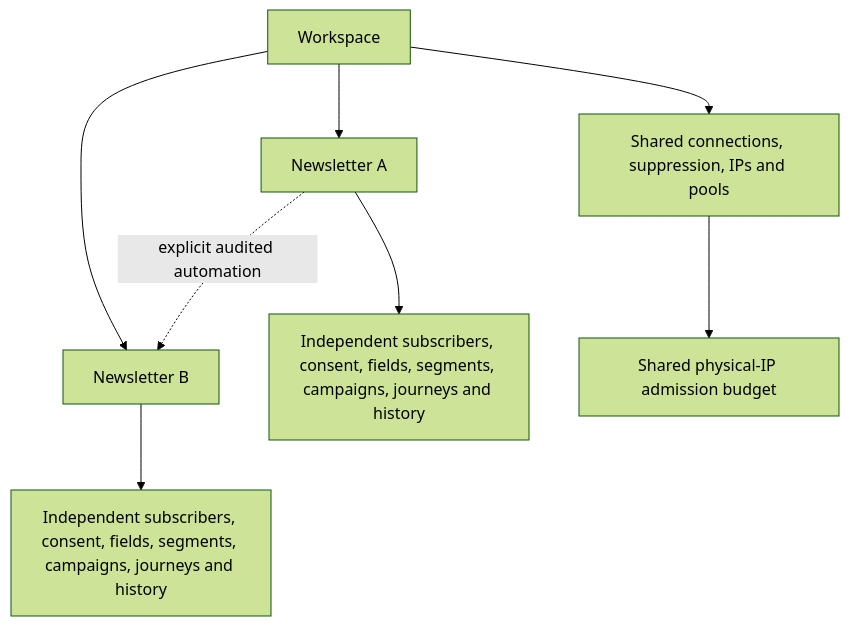
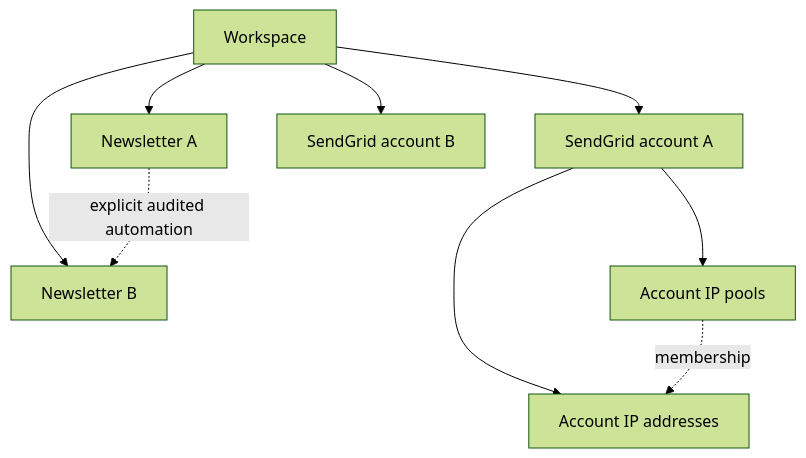
One commit to roninpublishing/dittofeed changed the diagram in packages/docs/guide/newsletters.mdx. Above: the diagram before and after it, drawn with Mermaid (forest theme). The commit also changed other lines of this file and 68 other files, not shown here.

````diff
--- a/packages/docs/guide/newsletters.mdx
+++ b/packages/docs/guide/newsletters.mdx
@@ -24,11 +19,11 @@
 ```mermaid
 flowchart TD
-  P[Workspace]
-  P --> C[Shared connections, suppression, IPs and pools]
-  P --> A[Newsletter A]
-  P --> B[Newsletter B]
-  A --> DA[Independent subscribers, consent, fields, segments, campaigns, journeys and history]
-  B --> DB[Independent subscribers, consent, fields, segments, campaigns, journeys and history]
+  W[Workspace] --> A[Newsletter A]
+  W --> B[Newsletter B]
+  W --> E1[SendGrid account A]
+  W --> E2[SendGrid account B]
+  E1 --> P[Account IP pools]
+  E1 --> I[Account IP addresses]
+  P -. membership .-> I
   A -. explicit audited automation .-> B
-  C --> IP[Shared physical-IP admission budget]
 ```
````
